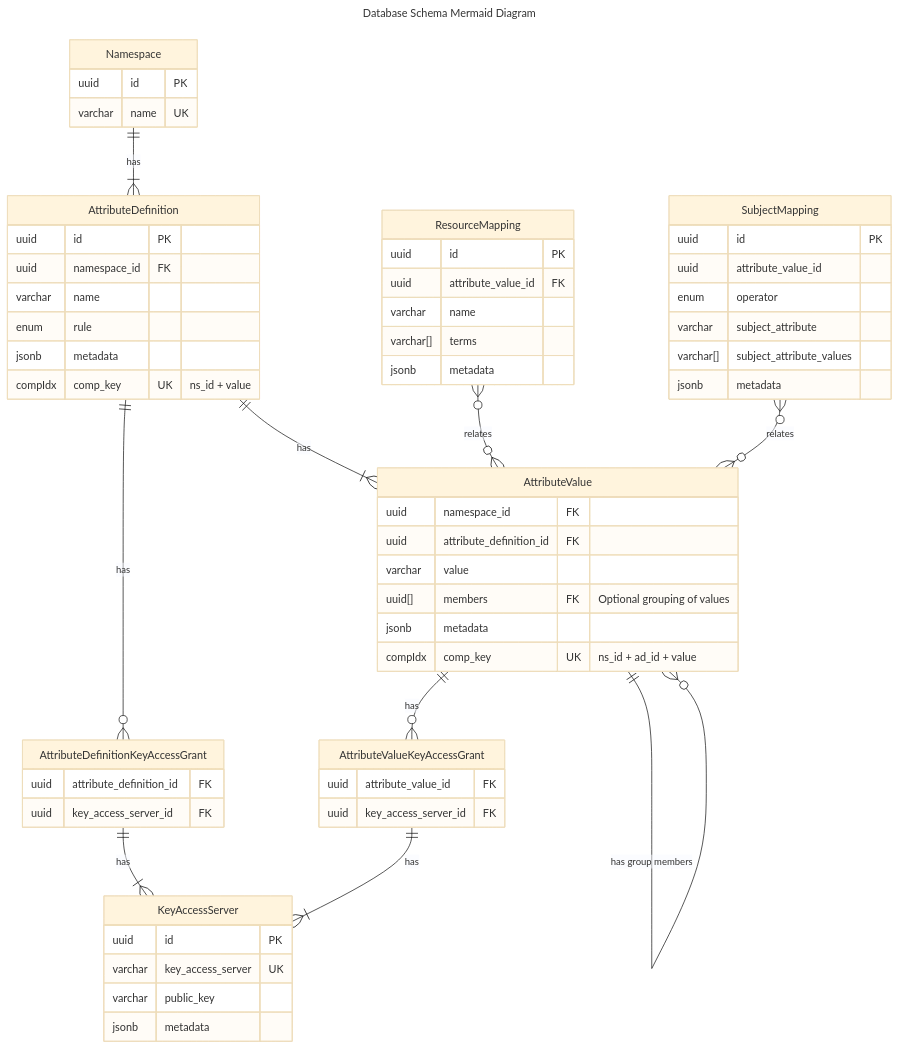
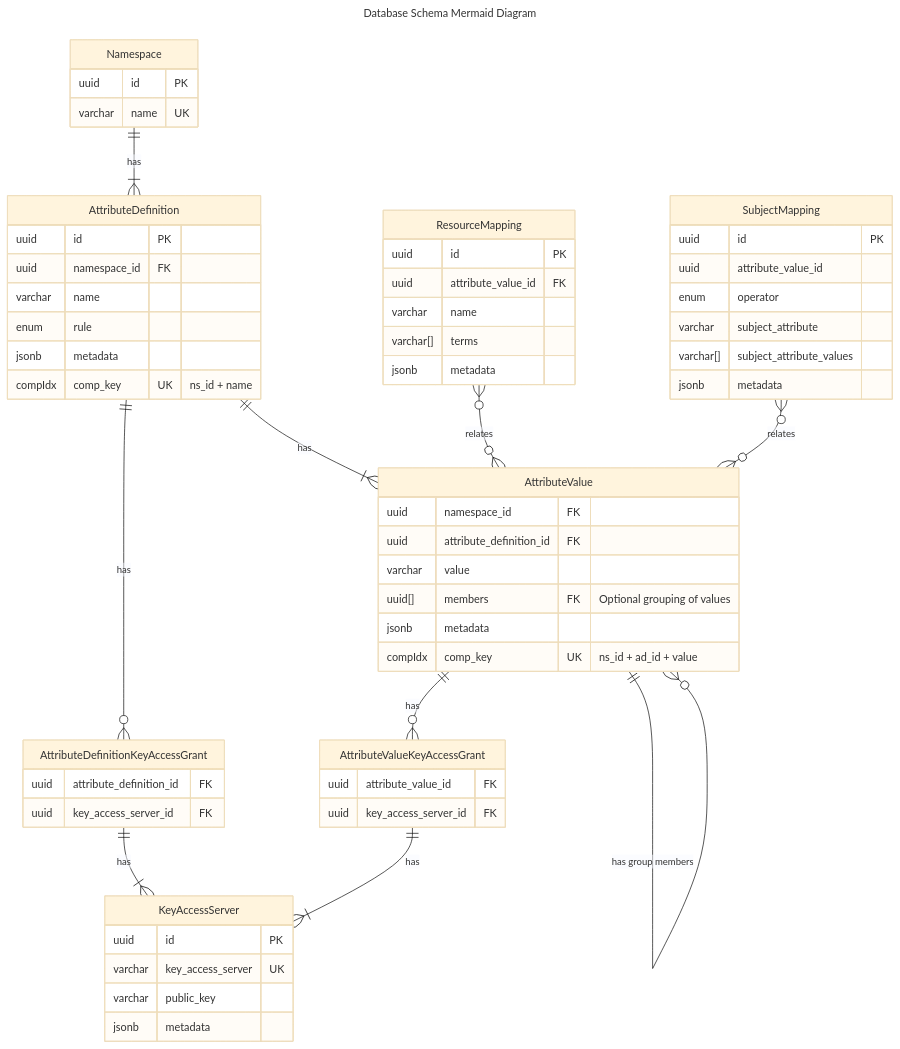
The diagram in migrations/20240118000000_diagram.md (opentdf/platform), drawn with Mermaid (base theme) before and after one commit.

```diff
--- a/migrations/20240118000000_diagram.md
+++ b/migrations/20240118000000_diagram.md
@@ -41,7 +41,7 @@
         varchar      name
         enum         rule
         jsonb        metadata
-        compIdx      comp_key     UK "ns_id + value"
+        compIdx      comp_key     UK "ns_id + name"
     }
 
     AttributeDefinitionKeyAccessGrant {
```
